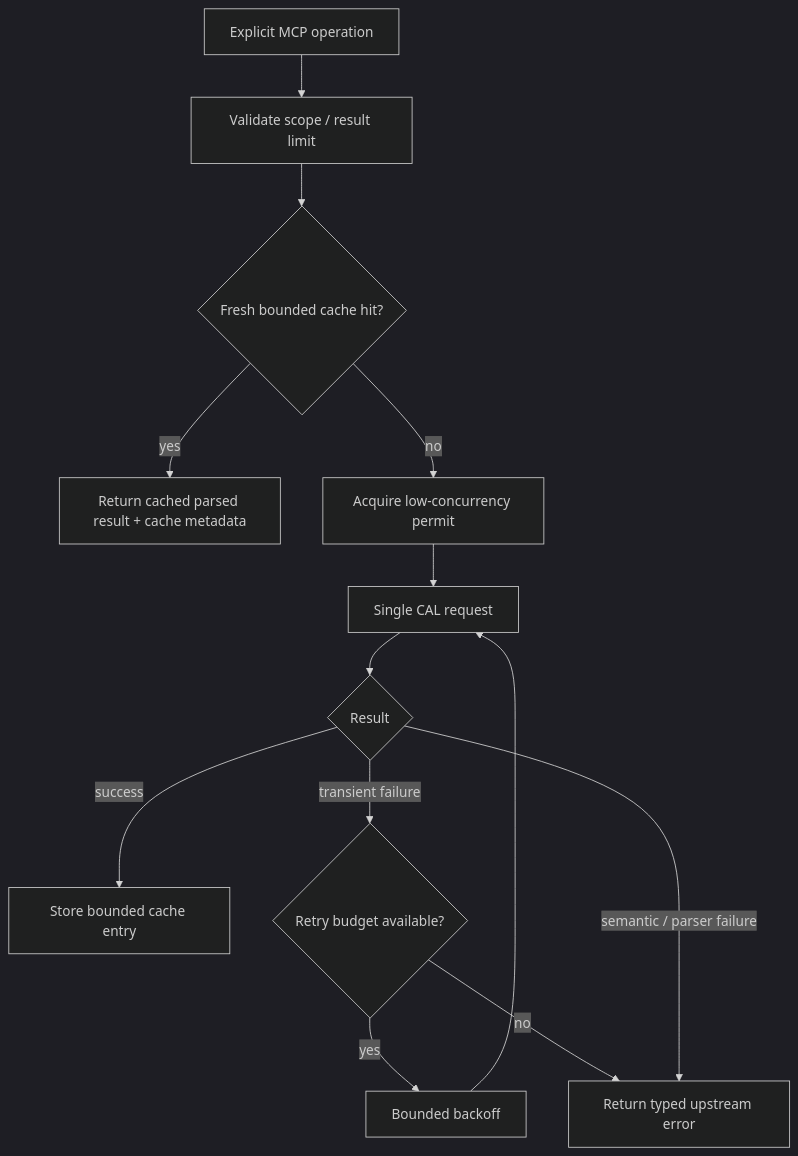
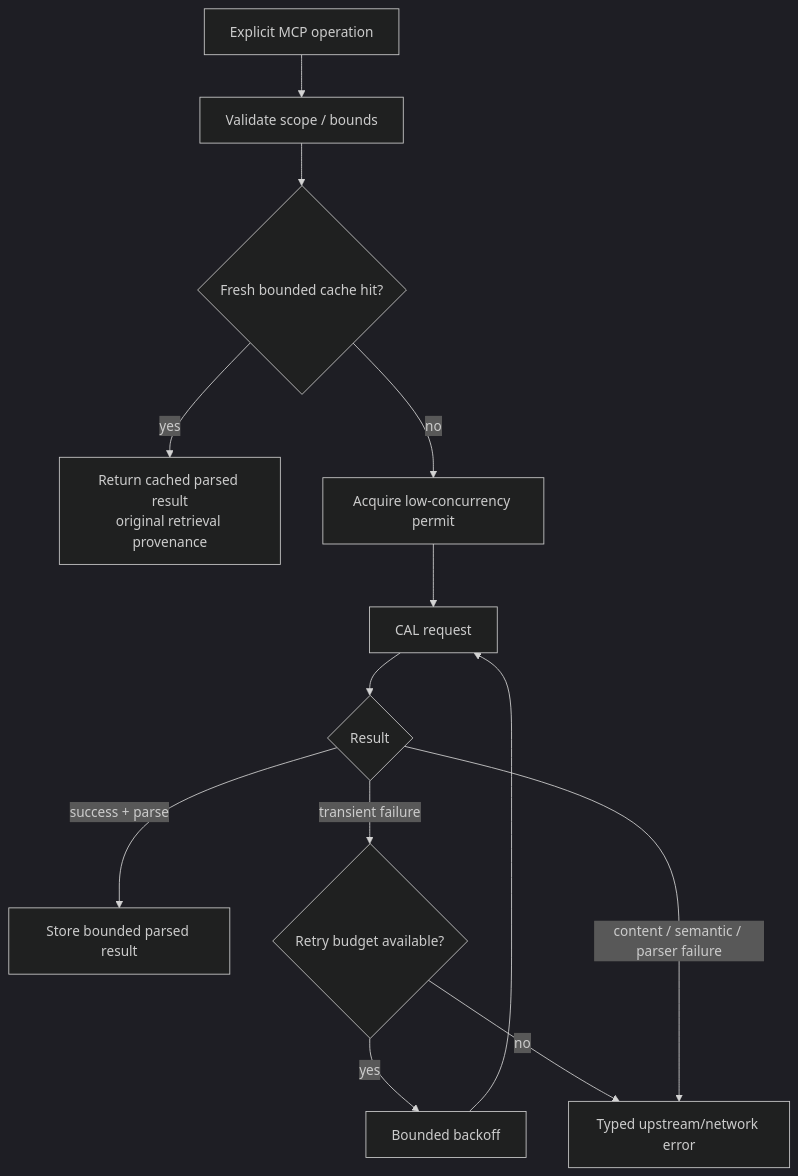
The sixth of 8 diagrams in wiki/architecture.md (alexsosn/CAL-MCP), drawn with Mermaid (dark theme) before and after one commit. The commit also changed other lines of this file and 20 other files, not shown here.

````diff
--- a/wiki/architecture.md
+++ b/wiki/architecture.md
@@ -322,14 +302,14 @@
 ```mermaid
 flowchart TB
-    REQ[Explicit MCP operation] --> LIMIT[Validate scope / result limit]
+    REQ[Explicit MCP operation] --> LIMIT[Validate scope / bounds]
     LIMIT --> CACHE{Fresh bounded cache hit?}
-    CACHE -->|yes| HIT[Return cached parsed result + cache metadata]
+    CACHE -->|yes| HIT[Return cached parsed result\noriginal retrieval provenance]
     CACHE -->|no| SEM[Acquire low-concurrency permit]
-    SEM --> HTTP[Single CAL request]
+    SEM --> HTTP[CAL request]
     HTTP --> OK{Result}
-    OK -->|success| SAVE[Store bounded cache entry]
+    OK -->|success + parse| SAVE[Store bounded parsed result]
     OK -->|transient failure| RETRY{Retry budget available?}
     RETRY -->|yes| BACKOFF[Bounded backoff] --> HTTP
-    RETRY -->|no| ERR[Return typed upstream error]
-    OK -->|semantic / parser failure| ERR
+    RETRY -->|no| ERR[Typed upstream/network error]
+    OK -->|content / semantic / parser failure| ERR
 ```
````
